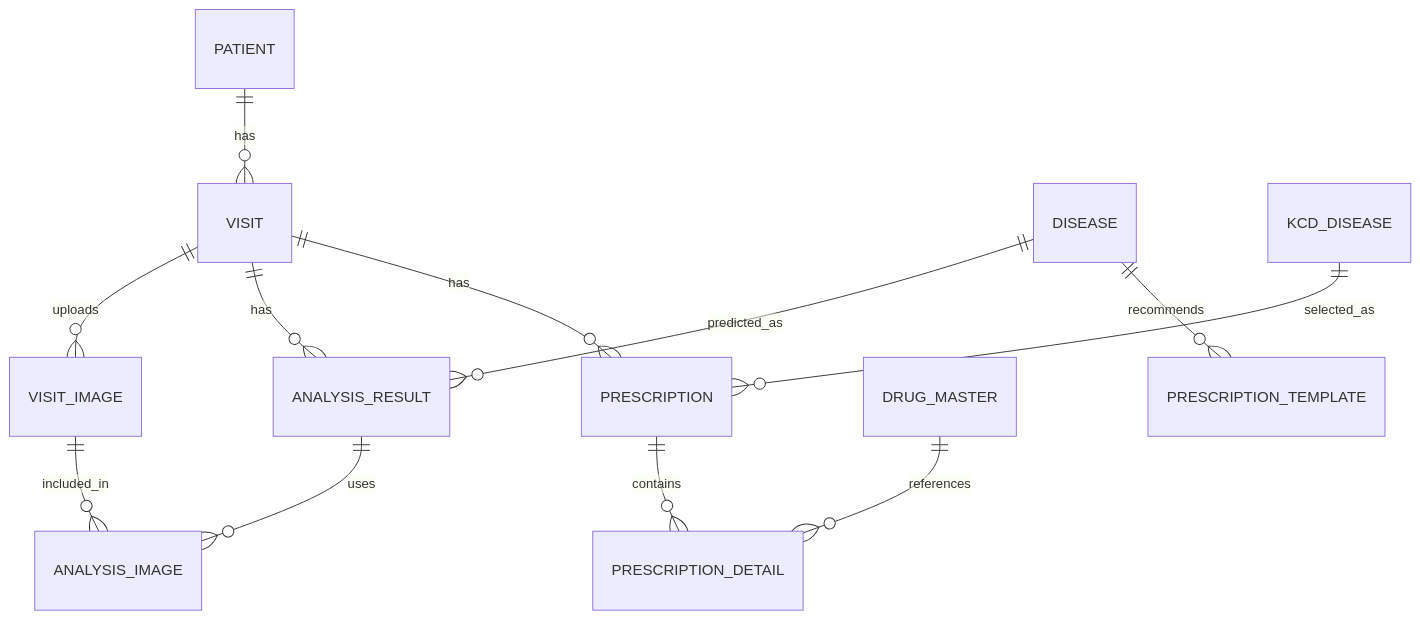
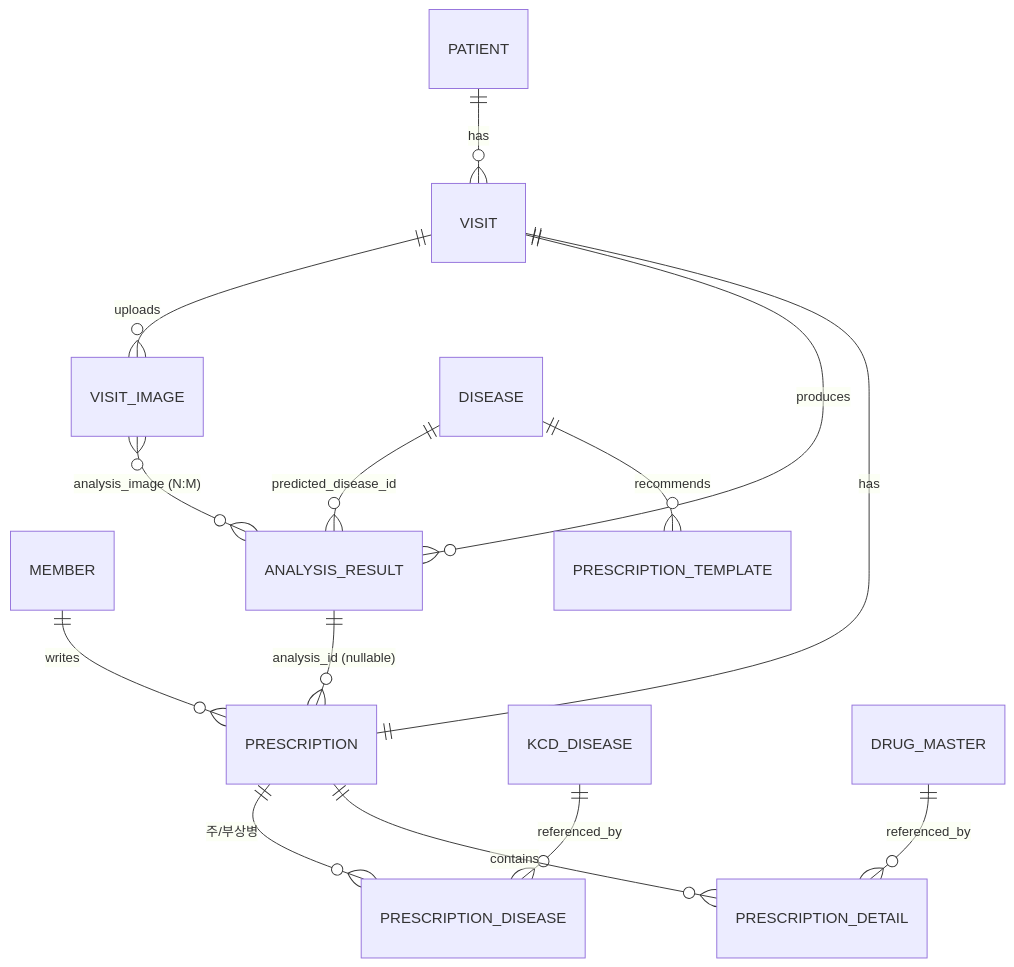
The fourth of 4 diagrams in README.md (CSID-DGU/2026-1-CECD1-5-Artifact-9), drawn with Mermaid before and after one commit. The commit also changed other lines of this file, not shown here.

````diff
--- a/README.md
+++ b/README.md
@@ -165,14 +323,16 @@
 ```mermaid
 erDiagram
+    MEMBER ||--o{ PRESCRIPTION : writes
     PATIENT ||--o{ VISIT : has
     VISIT ||--o{ VISIT_IMAGE : uploads
-    VISIT ||--o{ ANALYSIS_RESULT : has
-    ANALYSIS_RESULT ||--o{ ANALYSIS_IMAGE : uses
-    VISIT_IMAGE ||--o{ ANALYSIS_IMAGE : included_in
-    DISEASE ||--o{ ANALYSIS_RESULT : predicted_as
-    VISIT ||--o{ PRESCRIPTION : has
-    KCD_DISEASE ||--o{ PRESCRIPTION : selected_as
+    VISIT ||--o{ ANALYSIS_RESULT : produces
+    VISIT_IMAGE }o--o{ ANALYSIS_RESULT : "analysis_image (N:M)"
+    DISEASE ||--o{ ANALYSIS_RESULT : "predicted_disease_id"
+    VISIT ||--|| PRESCRIPTION : has
+    ANALYSIS_RESULT ||--o{ PRESCRIPTION : "analysis_id (nullable)"
+    PRESCRIPTION ||--o{ PRESCRIPTION_DISEASE : "주/부상병"
+    KCD_DISEASE ||--o{ PRESCRIPTION_DISEASE : referenced_by
     PRESCRIPTION ||--o{ PRESCRIPTION_DETAIL : contains
-    DRUG_MASTER ||--o{ PRESCRIPTION_DETAIL : references
+    DRUG_MASTER ||--o{ PRESCRIPTION_DETAIL : referenced_by
     DISEASE ||--o{ PRESCRIPTION_TEMPLATE : recommends
 ```
````
